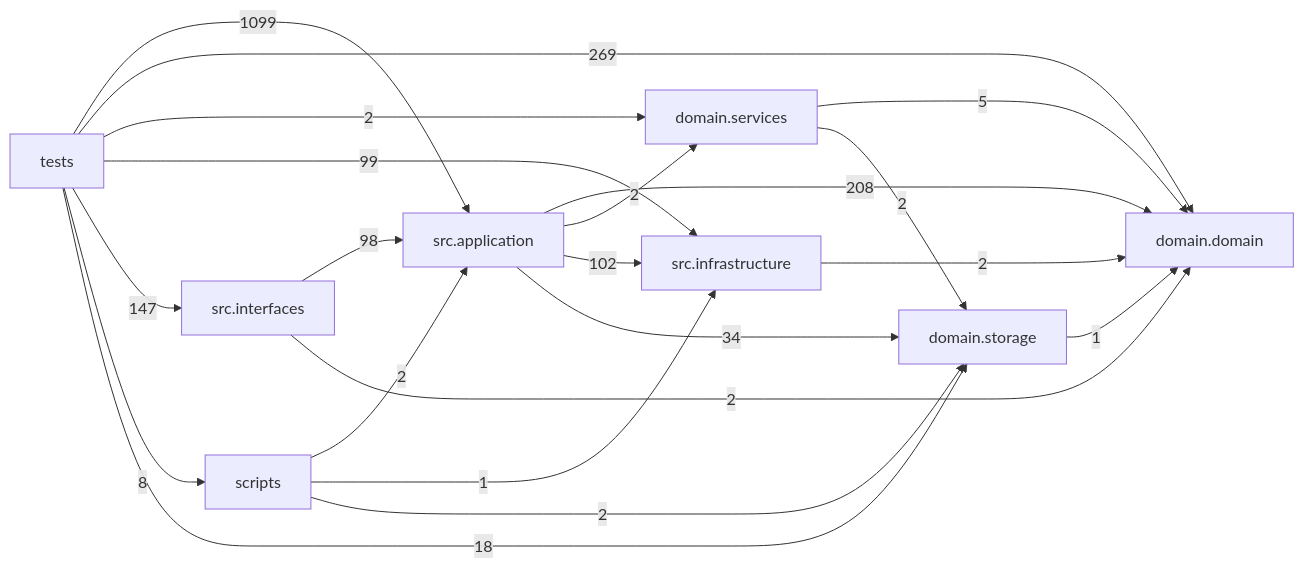
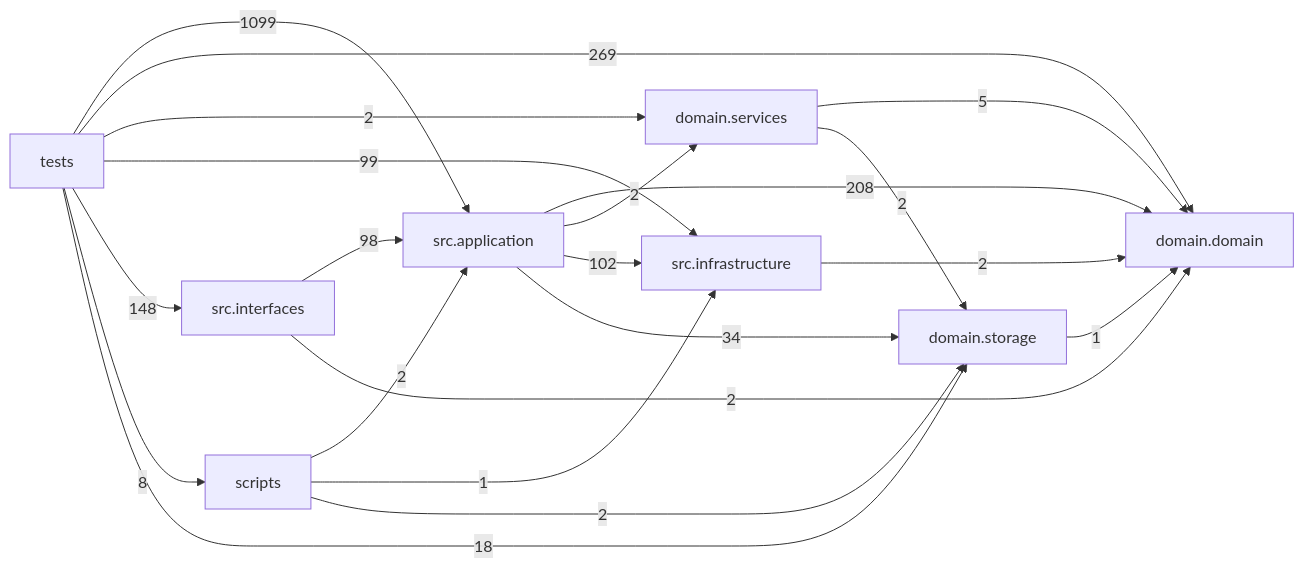
One commit to liuxie066/options-monitor changed the diagram in docs/DEPENDENCY_GRAPH.md. Above: the diagram before and after it, drawn with Mermaid. The commit also changed other lines of this file and 8 other files, not shown here.

````diff
--- a/docs/DEPENDENCY_GRAPH.md
+++ b/docs/DEPENDENCY_GRAPH.md
@@ -24,31 +24,31 @@
 ```mermaid
 flowchart LR
   tests["tests"]
   scripts["scripts"]
   interfaces["src.interfaces"]
   application["src.application"]
   infrastructure["src.infrastructure"]
   domain_services["domain.services"]
   domain["domain.domain"]
   storage["domain.storage"]
   application -->|208| domain
   application -->|2| domain_services
   application -->|102| infrastructure
   application -->|34| storage
   domain_services -->|5| domain
   domain_services -->|2| storage
   infrastructure -->|2| domain
   interfaces -->|98| application
   interfaces -->|2| domain
   scripts -->|2| application
   scripts -->|1| infrastructure
   scripts -->|2| storage
   storage -->|1| domain
   tests -->|1099| application
   tests -->|269| domain
   tests -->|2| domain_services
   tests -->|99| infrastructure
-  tests -->|147| interfaces
+  tests -->|148| interfaces
   tests -->|8| scripts
   tests -->|18| storage
 ```
````
